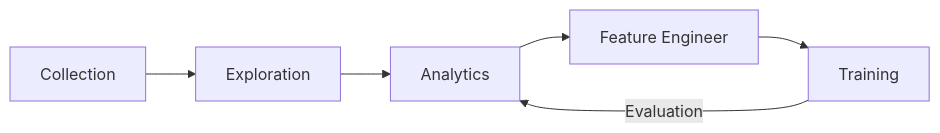
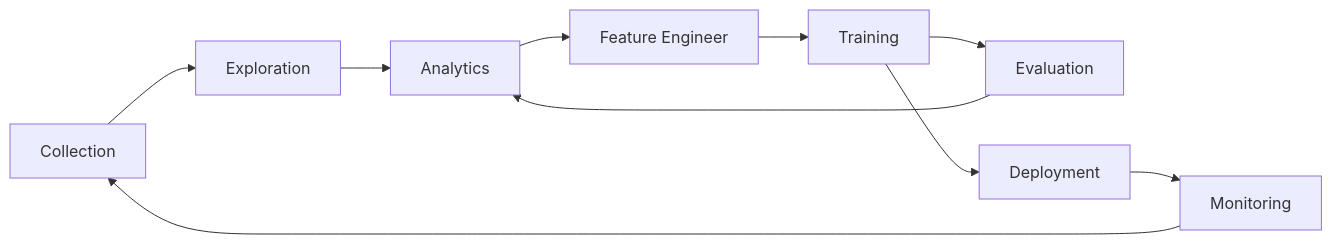
Before and after one commit to lancedb/lance: the diagram in README.md, drawn with Mermaid. The commit also changed other lines of this file, not shown here.

````diff
--- a/README.md
+++ b/README.md
@@ -22,8 +20,12 @@
 ```mermaid
 graph LR
     A[Collection] --> B[Exploration];
     B --> C[Analytics];
     C --> D[Feature Engineer];
     D --> E[Training];
-    E -- Evaluation --> C;
+    E --> F[Evaluation];
+    F --> C;
+    E --> G[Deployment];
+    G --> H[Monitoring];
+    H --> A;
 ```
````
